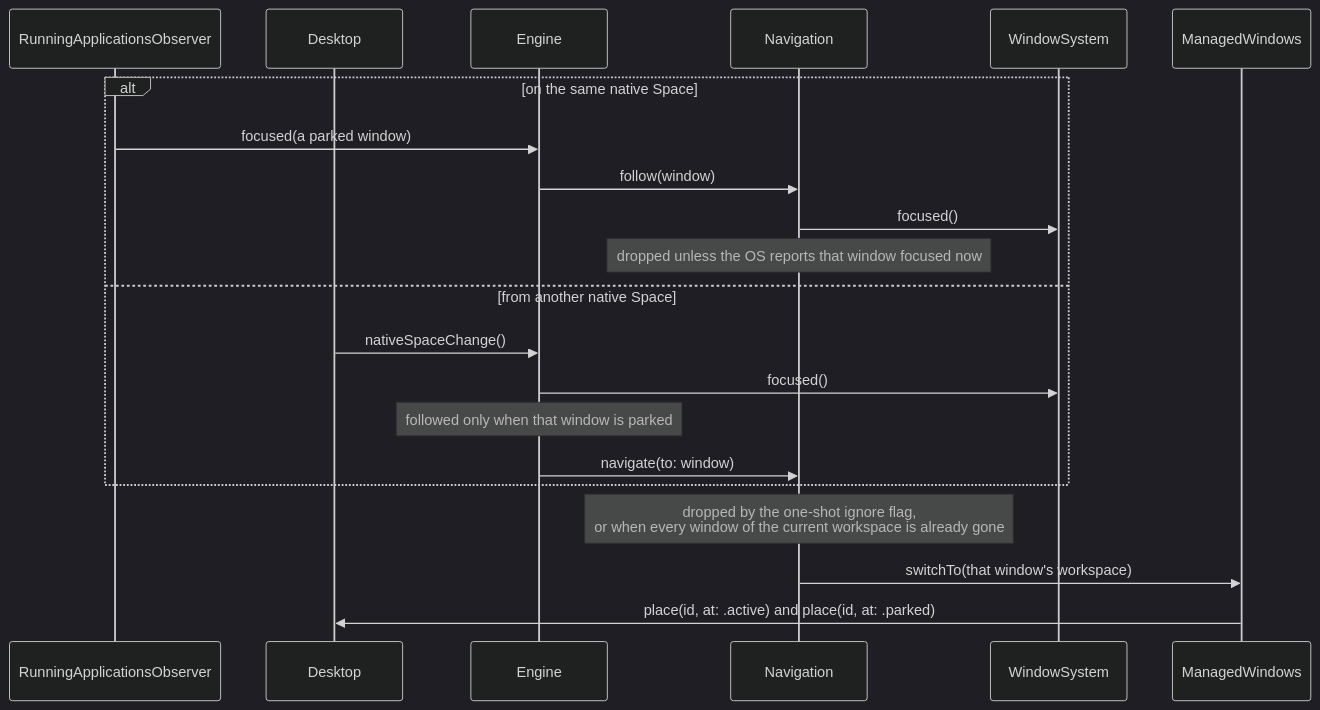
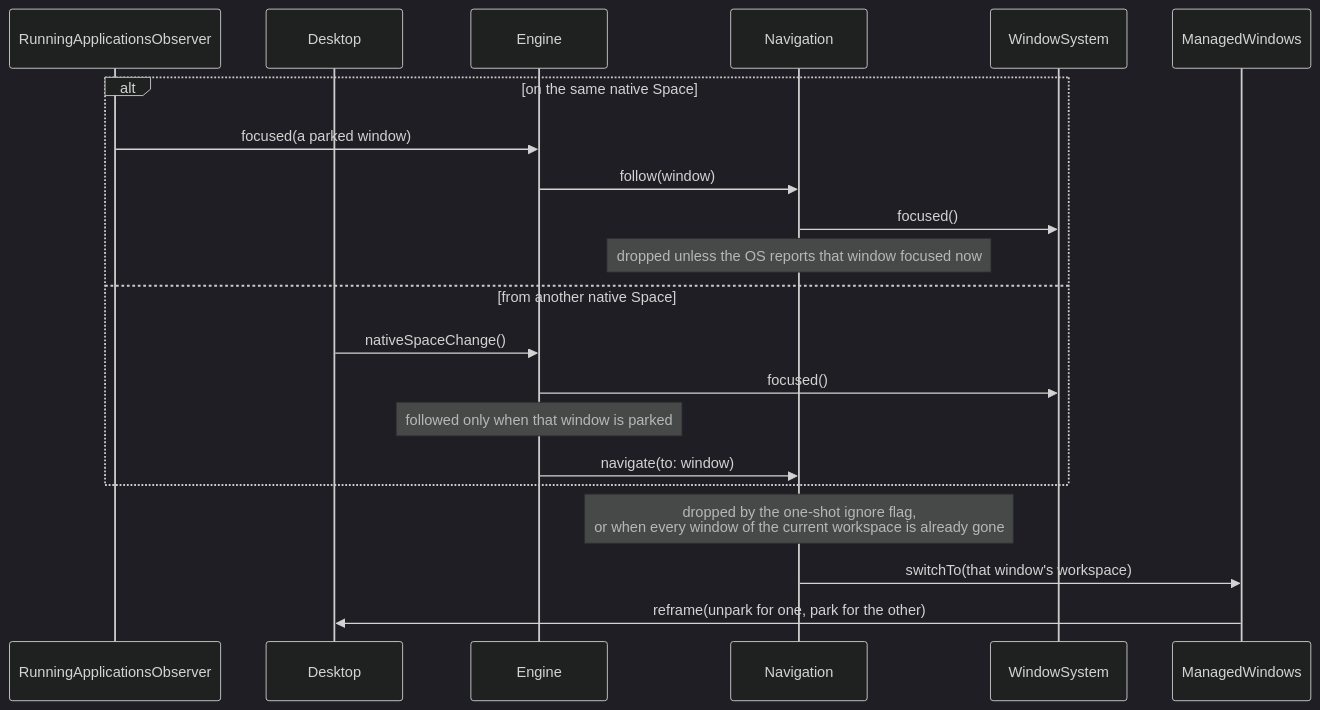
Diagram 11 of 18 in ARCHITECTURE.md (brennovich/ottowm), drawn with Mermaid (dark theme) before and after one commit. The commit also changed other lines of this file and 27 other files, not shown here.

First line of the commit message:
Remove place in favor of reframe

````diff
--- a/ARCHITECTURE.md
+++ b/ARCHITECTURE.md
@@ -284,24 +283,24 @@
 ```mermaid
 sequenceDiagram
     participant RunningApplicationsObserver
     participant Desktop
     participant Engine
     participant Navigation
     participant WindowSystem
     participant ManagedWindows
 
     alt on the same native Space
         RunningApplicationsObserver->>Engine: focused(a parked window)
         Engine->>Navigation: follow(window)
         Navigation->>WindowSystem: focused()
         Note over Navigation: dropped unless the OS reports that window focused now
     else from another native Space
         Desktop->>Engine: nativeSpaceChange()
         Engine->>WindowSystem: focused()
         Note over Engine: followed only when that window is parked
         Engine->>Navigation: navigate(to: window)
     end
     Note over Navigation: dropped by the one-shot ignore flag,<br/>or when every window of the current workspace is already gone
     Navigation->>ManagedWindows: switchTo(that window's workspace)
-    ManagedWindows->>Desktop: place(id, at: .active) and place(id, at: .parked)
+    ManagedWindows->>Desktop: reframe(unpark for one, park for the other)
 ```
````
